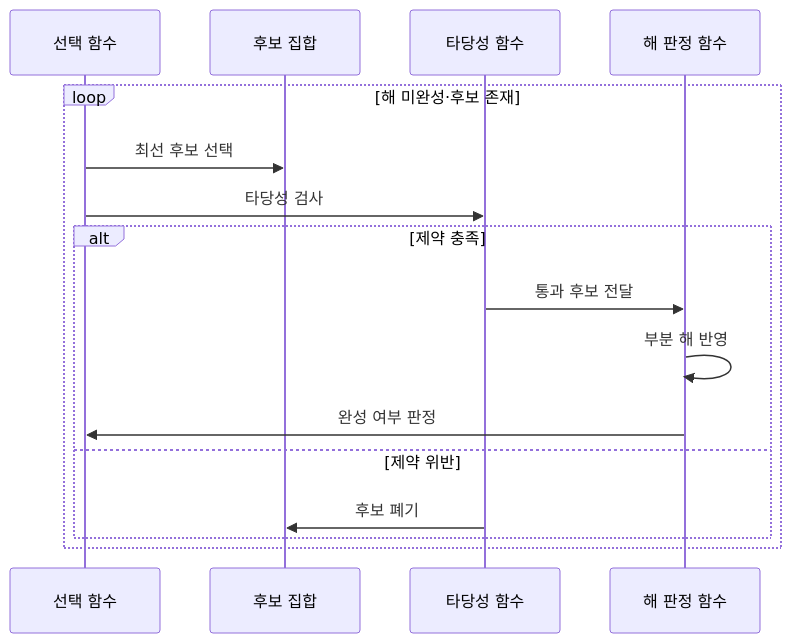
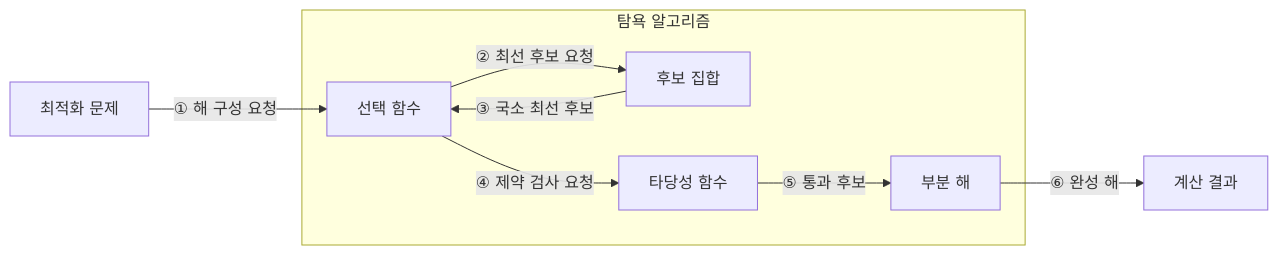
The diagram in src/content/docs/notes/01-basic-theory/015_greedy_algorithm.md (agnusdei1207/knowledge-base), drawn with Mermaid before and after one commit. The commit also changed other lines of this file and 6 other files, not shown here.

````diff
--- a/src/content/docs/notes/01-basic-theory/015_greedy_algorithm.md
+++ b/src/content/docs/notes/01-basic-theory/015_greedy_algorithm.md
@@ -82,18 +64,11 @@
 ```mermaid
-sequenceDiagram
-    participant S as 선택 함수
-    participant C as 후보 집합
-    participant F as 타당성 함수
-    participant P as 해 판정 함수
-    loop 해 미완성·후보 존재
-        S->>C: 최선 후보 선택
-        S->>F: 타당성 검사
-        alt 제약 충족
-            F->>P: 통과 후보 전달
-            P->>P: 부분 해 반영
-            P->>S: 완성 여부 판정
-        else 제약 위반
-            F->>C: 후보 폐기
-        end
+flowchart LR
+    Q[최적화 문제] -->|① 해 구성 요청| S
+    subgraph G[탐욕 알고리즘]
+        S[선택 함수] -->|② 최선 후보 요청| C[후보 집합]
+        C -->|③ 국소 최선 후보| S
+        S -->|④ 제약 검사 요청| F[타당성 함수]
+        F -->|⑤ 통과 후보| P[부분 해]
     end
+    P -->|⑥ 완성 해| O[계산 결과]
 ```
````
